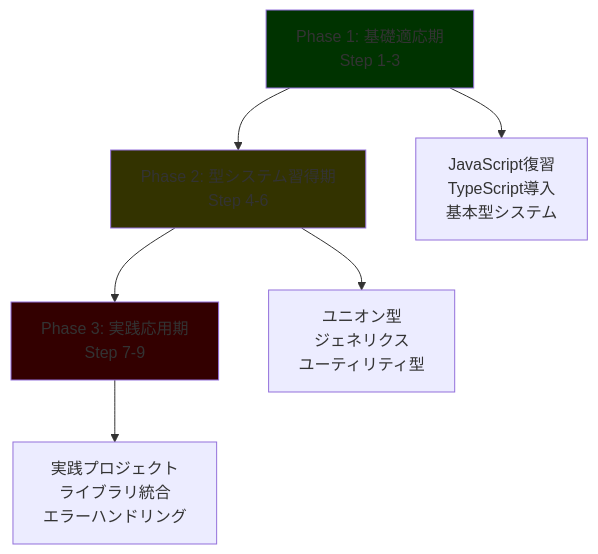
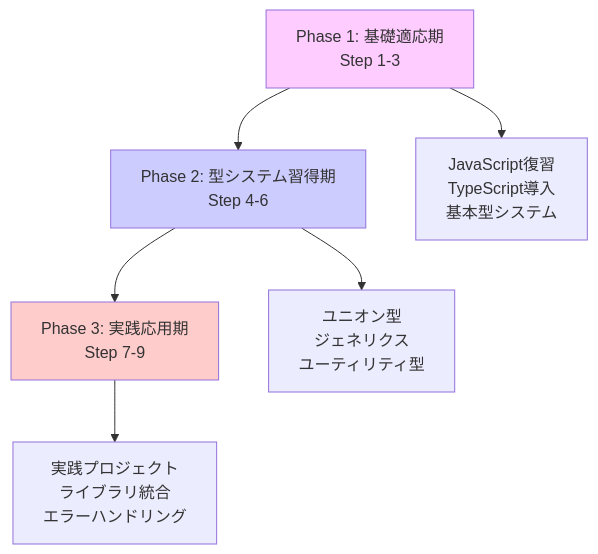
The diagram in 学習プラン/Phase1_TypeScript完全習得/@TypeScript完全学習プラン.md (shiftplus-corp-homan-keisuke/frontend), drawn with Mermaid before and after one commit. The commit also changed 1 other file, not shown here.

Commit message:
スタイルの変更と補足資料のリンク修正

````diff
--- a/学習プラン/Phase1_TypeScript完全習得/@TypeScript完全学習プラン.md
+++ b/学習プラン/Phase1_TypeScript完全習得/@TypeScript完全学習プラン.md
@@ -24,13 +24,13 @@
 ```mermaid
 graph TD
     A[Phase 1: 基礎適応期<br/>Step 1-3] --> B[Phase 2: 型システム習得期<br/>Step 4-6]
     B --> C[Phase 3: 実践応用期<br/>Step 7-9]
 
     A --> A1[JavaScript復習<br/>TypeScript導入<br/>基本型システム]
     B --> B1[ユニオン型<br/>ジェネリクス<br/>ユーティリティ型]
     C --> C1[実践プロジェクト<br/>ライブラリ統合<br/>エラーハンドリング]
 
-    style A fill:#003300
-    style B fill:#333300
-    style C fill:#330000
+    style A fill:#ffccff
+    style B fill:#ccccff
+    style C fill:#ffcccc
 ```
````
